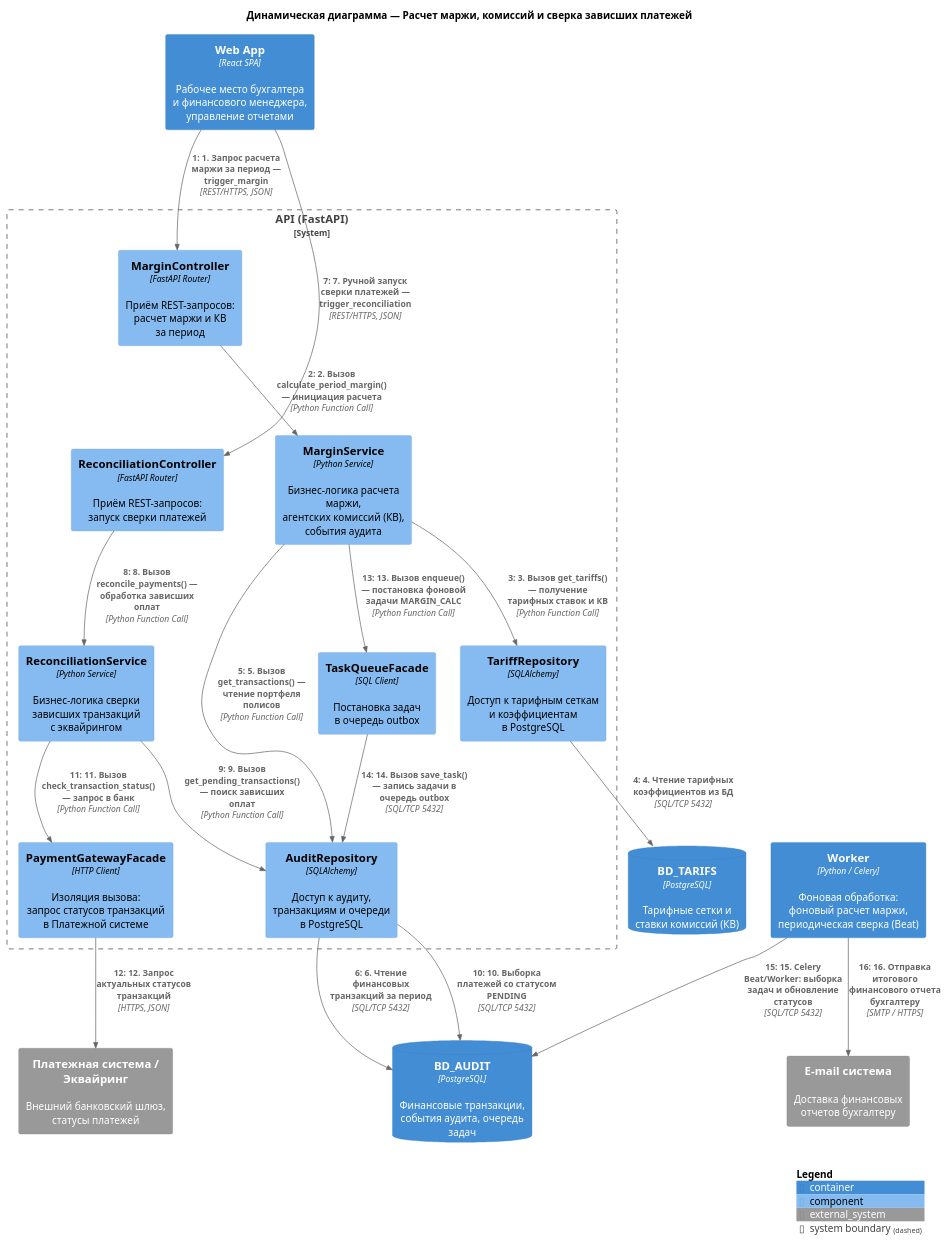
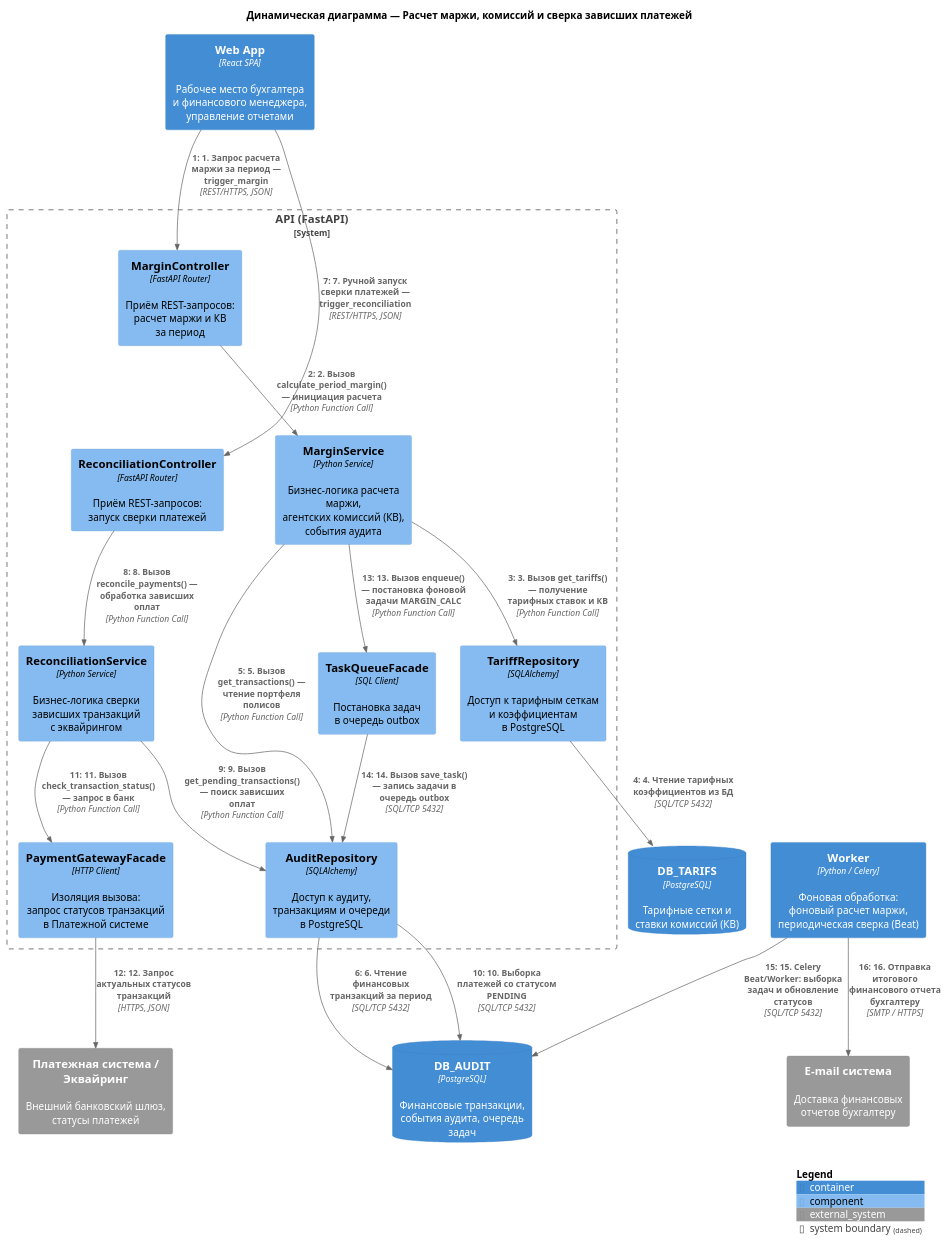
The diagram in architecture/src/uscov_worker/dynamic.puml (ElectricLight-ELO/Insurance-system), drawn with PlantUML before and after one commit. The commit also changed 2 other files, not shown here.

```diff
--- a/architecture/src/uscov_worker/dynamic.puml
+++ b/architecture/src/uscov_worker/dynamic.puml
@@ -1,54 +1,54 @@
 @startuml
 title Динамическая диаграмма — Расчет маржи, комиссий и сверка зависших платежей
 
 !include ../core/C4_Dynamic.puml
 
 Container(web_app, "Web App", "React SPA", "Рабочее место бухгалтера\nи финансового менеджера,\nуправление отчетами")
 
 System_Boundary(api, "API (FastAPI)") {
     Component(c_margin, "MarginController", "FastAPI Router", "Приём REST-запросов:\nрасчет маржи и КВ\nза период", $tags="api")
     Component(c_recon, "ReconciliationController", "FastAPI Router", "Приём REST-запросов:\nзапуск сверки платежей", $tags="api")
     Component(s_margin, "MarginService", "Python Service", "Бизнес-логика расчета маржи,\nагентских комиссий (КВ),\nсобытия аудита", $tags="service")
     Component(s_recon, "ReconciliationService", "Python Service", "Бизнес-логика сверки\nзависших транзакций\nс эквайрингом", $tags="service")
     Component(f_bank, "PaymentGatewayFacade", "HTTP Client", "Изоляция вызова:\nзапрос статусов транзакций\nв Платежной системе", $tags="integration")
     Component(task_queue_comp, "TaskQueueFacade", "SQL Client", "Постановка задач\nв очередь outbox", $tags="integration")
     Component(r_audit, "AuditRepository", "SQLAlchemy", "Доступ к аудиту,\nтранзакциям и очереди\nв PostgreSQL", $tags="data")
     Component(r_tariff, "TariffRepository", "SQLAlchemy", "Доступ к тарифным сеткам\nи коэффициентам\nв PostgreSQL", $tags="data")
 }
 
-ContainerDb(db_audit, "BD_AUDIT", "PostgreSQL", "Финансовые транзакции,\nсобытия аудита, очередь задач")
-ContainerDb(db_tarifs, "BD_TARIFS", "PostgreSQL", "Тарифные сетки и\nставки комиссий (КВ)")
+ContainerDb(db_audit, "DB_AUDIT", "PostgreSQL", "Финансовые транзакции,\nсобытия аудита, очередь задач")
+ContainerDb(db_tarifs, "DB_TARIFS", "PostgreSQL", "Тарифные сетки и\nставки комиссий (КВ)")
 
 Container(worker, "Worker", "Python / Celery", "Фоновая обработка:\nфоновый расчет маржи,\nпериодическая сверка (Beat)")
 
 System_Ext(payment_sys, "Платежная система / Эквайринг", "Внешний банковский шлюз,\nстатусы платежей", $tags="ext")
 System_Ext(email_sys, "E-mail система", "Доставка финансовых\nотчетов бухгалтеру", $tags="ext")
 
 
 ' === СЦЕНАРИЙ: ХРОНОЛОГИЯ ВЫЗОВОВ (СКВОЗНОЙ ПРОЦЕСС БУХГАЛТЕРИИ) ===
 
 Rel(web_app, c_margin, "1. Запрос расчета маржи за период — trigger_margin", "REST/HTTPS, JSON")
 Rel(c_margin, s_margin, "2. Вызов calculate_period_margin() — инициация расчета", "Python Function Call")
 Rel(s_margin, r_tariff, "3. Вызов get_tariffs() — получение тарифных ставок и КВ", "Python Function Call")
 Rel(r_tariff, db_tarifs, "4. Чтение тарифных коэффициентов из БД", "SQL/TCP 5432")
 Rel(s_margin, r_audit, "5. Вызов get_transactions() — чтение портфеля полисов", "Python Function Call")
 Rel(r_audit, db_audit, "6. Чтение финансовых транзакций за период", "SQL/TCP 5432")
 
 Rel(web_app, c_recon, "7. Ручной запуск сверки платежей — trigger_reconciliation", "REST/HTTPS, JSON")
 Rel(c_recon, s_recon, "8. Вызов reconcile_payments() — обработка зависших оплат", "Python Function Call")
 Rel(s_recon, r_audit, "9. Вызов get_pending_transactions() — поиск зависших оплат", "Python Function Call")
 Rel(r_audit, db_audit, "10. Выборка платежей со статусом PENDING", "SQL/TCP 5432")
 
 Rel(s_recon, f_bank, "11. Вызов check_transaction_status() — запрос в банк", "Python Function Call")
 Rel(f_bank, payment_sys, "12. Запрос актуальных статусов транзакций", "HTTPS, JSON")
 
 Rel(s_margin, task_queue_comp, "13. Вызов enqueue() — постановка фоновой задачи MARGIN_CALC", "Python Function Call")
 Rel(task_queue_comp, r_audit, "14. Вызов save_task() — запись задачи в очередь outbox", "SQL/TCP 5432")
 
 Rel(worker, db_audit, "15. Celery Beat/Worker: выборка задач и обновление статусов", "SQL/TCP 5432")
 Rel(worker, email_sys, "16. Отправка итогового финансового отчета бухгалтеру", "SMTP / HTTPS")
 
 
 SHOW_LEGEND()
 
 @enduml
```
